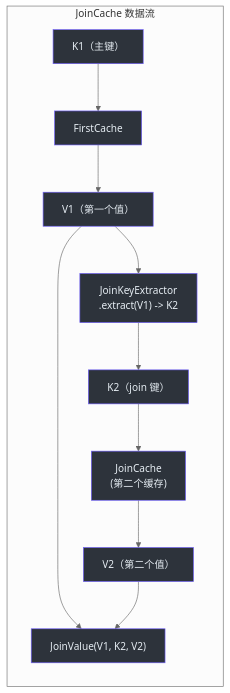
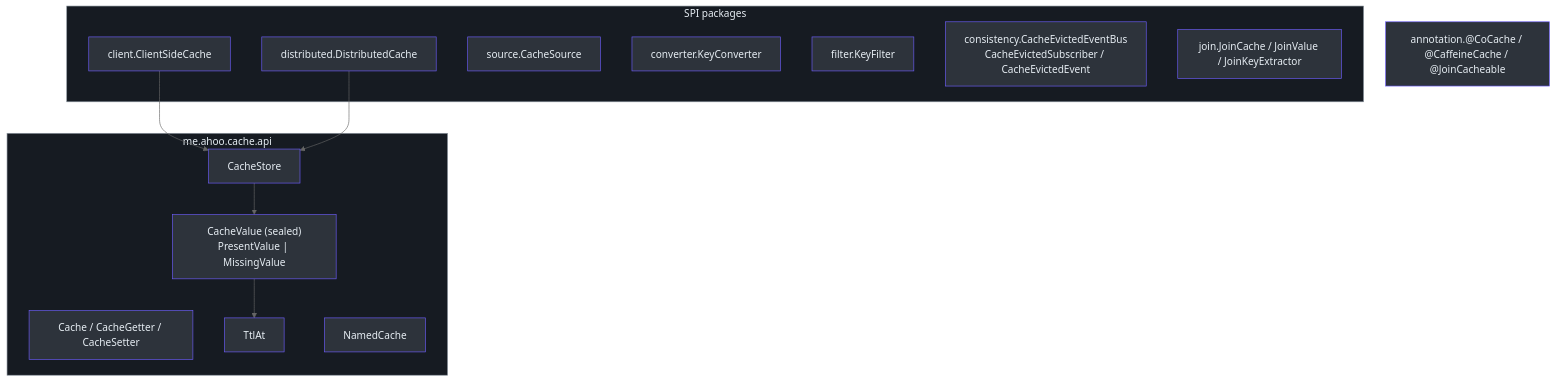
Before and after one commit to Ahoo-Wang/CoCache: the first of 3 diagrams in wiki/zh/modules/cocache-api.md, drawn with Mermaid (neutral theme). The commit also changed other lines of this file and 256 other files, not shown here.

````diff
--- a/wiki/zh/modules/cocache-api.md
+++ b/wiki/zh/modules/cocache-api.md
@@ -181,34 +12,41 @@
 ```mermaid
-graph LR
-    subgraph sg_35 ["JoinCache 数据流"]
+graph TB
+    subgraph api ["me.ahoo.cache.api"]
+        Cache["Cache / CacheGetter / CacheSetter"]
+        CV["CacheValue (sealed)<br>PresentValue | MissingValue"]
+        TtlAt["TtlAt"]
+        Store["CacheStore"]
+        Named["NamedCache"]
+    end
+    subgraph spi ["SPI packages"]
+        Client["client.ClientSideCache"]
+        Dist["distributed.DistributedCache"]
+        Src["source.CacheSource"]
+        Conv["converter.KeyConverter"]
+        Filt["filter.KeyFilter"]
+        Cons["consistency.CacheEvictedEventBus<br>CacheEvictedSubscriber / CacheEvictedEvent"]
+        Join["join.JoinCache / JoinValue / JoinKeyExtractor"]
+    end
+    Ann["annotation.@CoCache / @CaffeineCache / @JoinCacheable"]
 
-        key1["K1（主键）"]
-        style key1 fill:#2d333b,stroke:#6d5dfc,color:#e6edf3
+    Client --> Store
+    Dist --> Store
+    Store --> CV
+    CV --> TtlAt
 
-        fc["FirstCache"]
-        style fc fill:#2d333b,stroke:#6d5dfc,color:#e6edf3
-
-        v1["V1（第一个值）"]
-        style v1 fill:#2d333b,stroke:#6d5dfc,color:#e6edf3
-
-        jke["JoinKeyExtractor<br>.extract(V1) -> K2"]
-        style jke fill:#2d333b,stroke:#6d5dfc,color:#e6edf3
-
-        k2["K2（join 键）"]
-        style k2 fill:#2d333b,stroke:#6d5dfc,color:#e6edf3
-
-        jc["JoinCache<br>(第二个缓存)"]
-        style jc fill:#2d333b,stroke:#6d5dfc,color:#e6edf3
-
-        v2["V2（第二个值）"]
-        style v2 fill:#2d333b,stroke:#6d5dfc,color:#e6edf3
-
-        jv["JoinValue(V1, K2, V2)"]
-        style jv fill:#2d333b,stroke:#6d5dfc,color:#e6edf3
-
-        key1 --> fc --> v1 --> jke --> k2 --> jc --> v2
-        v1 --> jv
-        v2 --> jv
-    end
-
+    style Cache fill:#2d333b,stroke:#6d5dfc,color:#e6edf3
+    style CV fill:#2d333b,stroke:#6d5dfc,color:#e6edf3
+    style TtlAt fill:#2d333b,stroke:#6d5dfc,color:#e6edf3
+    style Store fill:#2d333b,stroke:#6d5dfc,color:#e6edf3
+    style Named fill:#2d333b,stroke:#6d5dfc,color:#e6edf3
+    style Client fill:#2d333b,stroke:#6d5dfc,color:#e6edf3
+    style Dist fill:#2d333b,stroke:#6d5dfc,color:#e6edf3
+    style Src fill:#2d333b,stroke:#6d5dfc,color:#e6edf3
+    style Conv fill:#2d333b,stroke:#6d5dfc,color:#e6edf3
+    style Filt fill:#2d333b,stroke:#6d5dfc,color:#e6edf3
+    style Cons fill:#2d333b,stroke:#6d5dfc,color:#e6edf3
+    style Join fill:#2d333b,stroke:#6d5dfc,color:#e6edf3
+    style Ann fill:#2d333b,stroke:#6d5dfc,color:#e6edf3
+    style api fill:#161b22,stroke:#8b949e,color:#e6edf3
+    style spi fill:#161b22,stroke:#8b949e,color:#e6edf3
 ```
````
